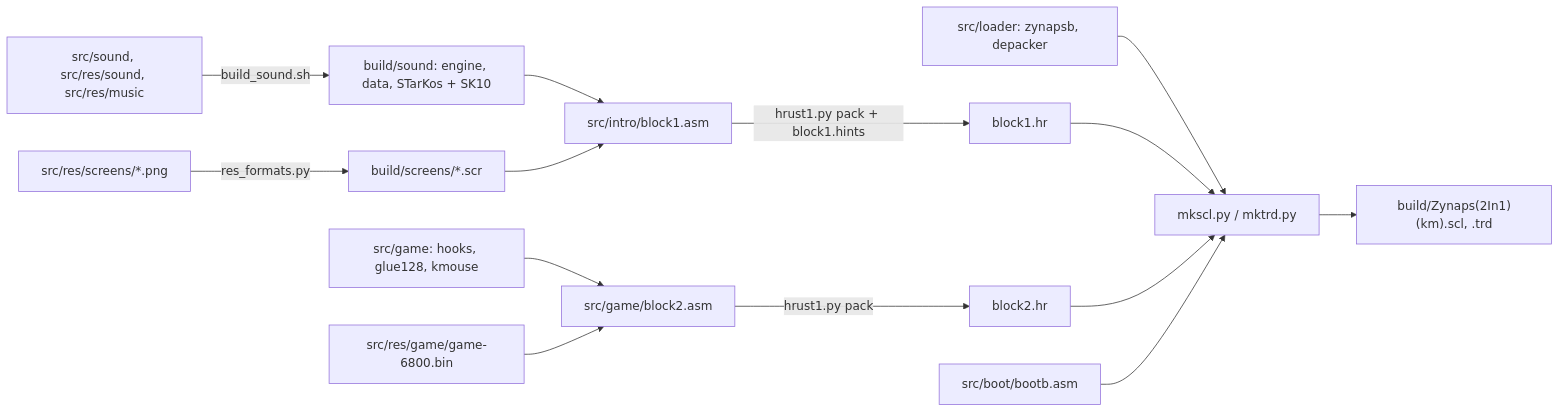
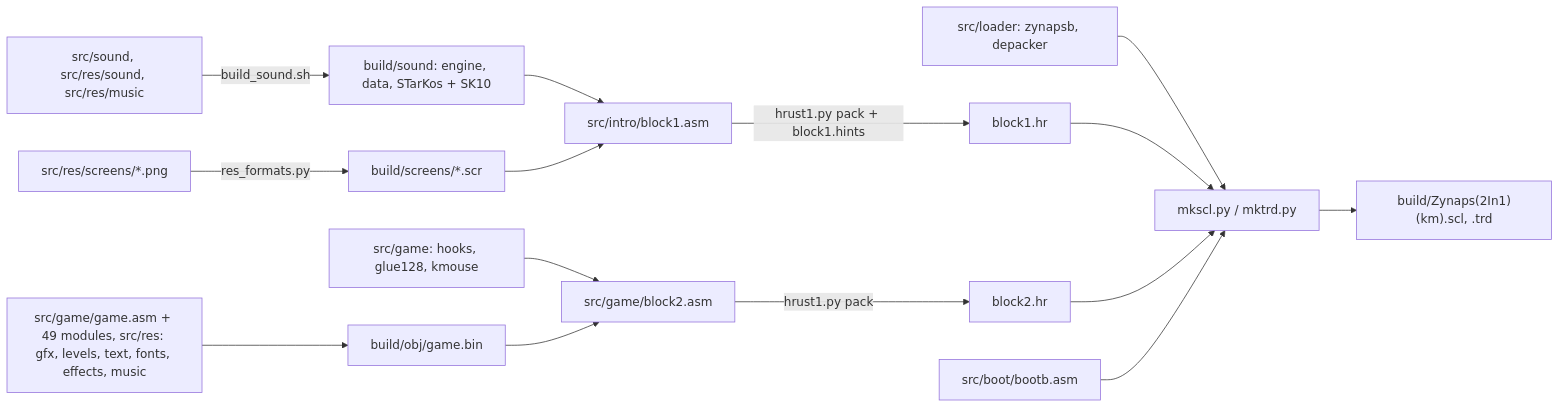
The diagram in games/zynaps-128/docs/03-build-and-load.md (alfishe/unrealng-reverse-cases), drawn with Mermaid before and after one commit. The commit also changed other lines of this file and 159 other files, not shown here.

````diff
--- a/games/zynaps-128/docs/03-build-and-load.md
+++ b/games/zynaps-128/docs/03-build-and-load.md
@@ -253,16 +253,17 @@
 ```mermaid
 flowchart LR
     S["src/sound, src/res/sound, src/res/music"] -- build_sound.sh --> SB["build/sound: engine, data, STarKos + SK10"]
     P["src/res/screens/*.png"] -- res_formats.py --> PB["build/screens/*.scr"]
     SB --> B1["src/intro/block1.asm"]
     PB --> B1
     H["src/game: hooks, glue128, kmouse"] --> B2["src/game/block2.asm"]
-    G["src/res/game/game-6800.bin"] --> B2
+    GA["src/game/game.asm + 49 modules, src/res: gfx, levels, text, fonts, effects, music"] --> G["build/obj/game.bin"]
+    G --> B2
     B1 -- "hrust1.py pack + block1.hints" --> K1["block1.hr"]
     B2 -- "hrust1.py pack" --> K2["block2.hr"]
     L["src/loader: zynapsb, depacker"] --> M["mkscl.py / mktrd.py"]
     K1 --> M
     K2 --> M
     BT["src/boot/bootb.asm"] --> M
     M --> O["build/Zynaps(2In1)(km).scl, .trd"]
 ```
````
